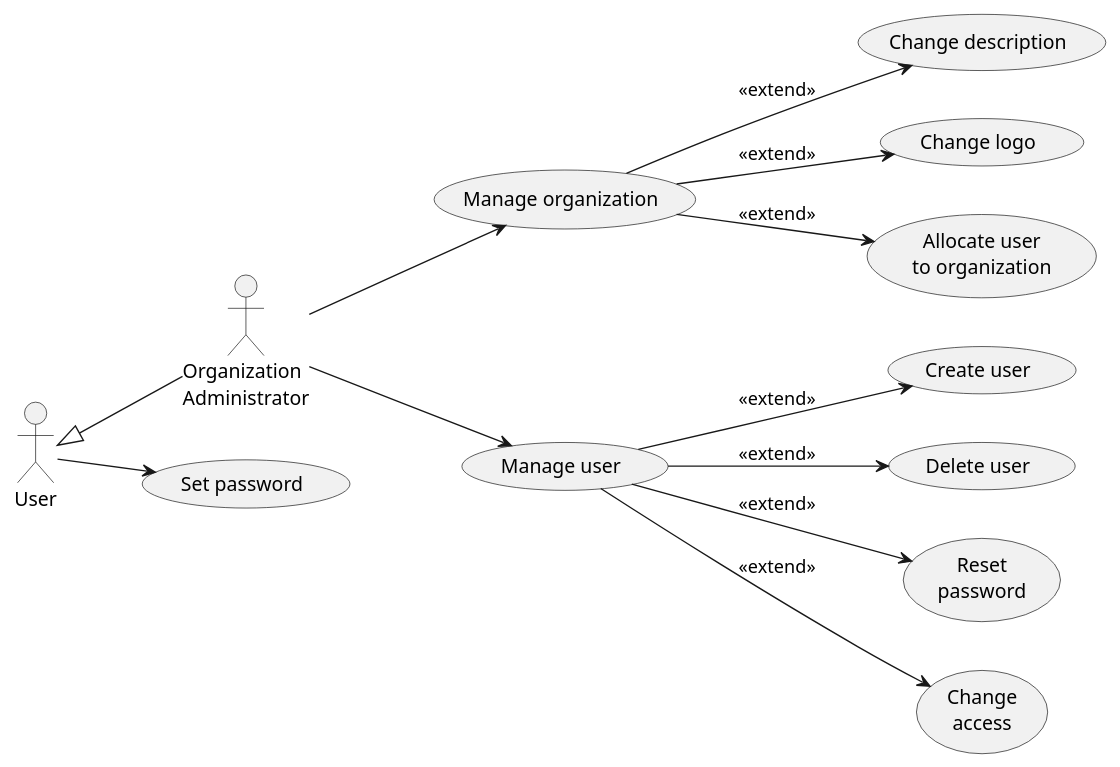
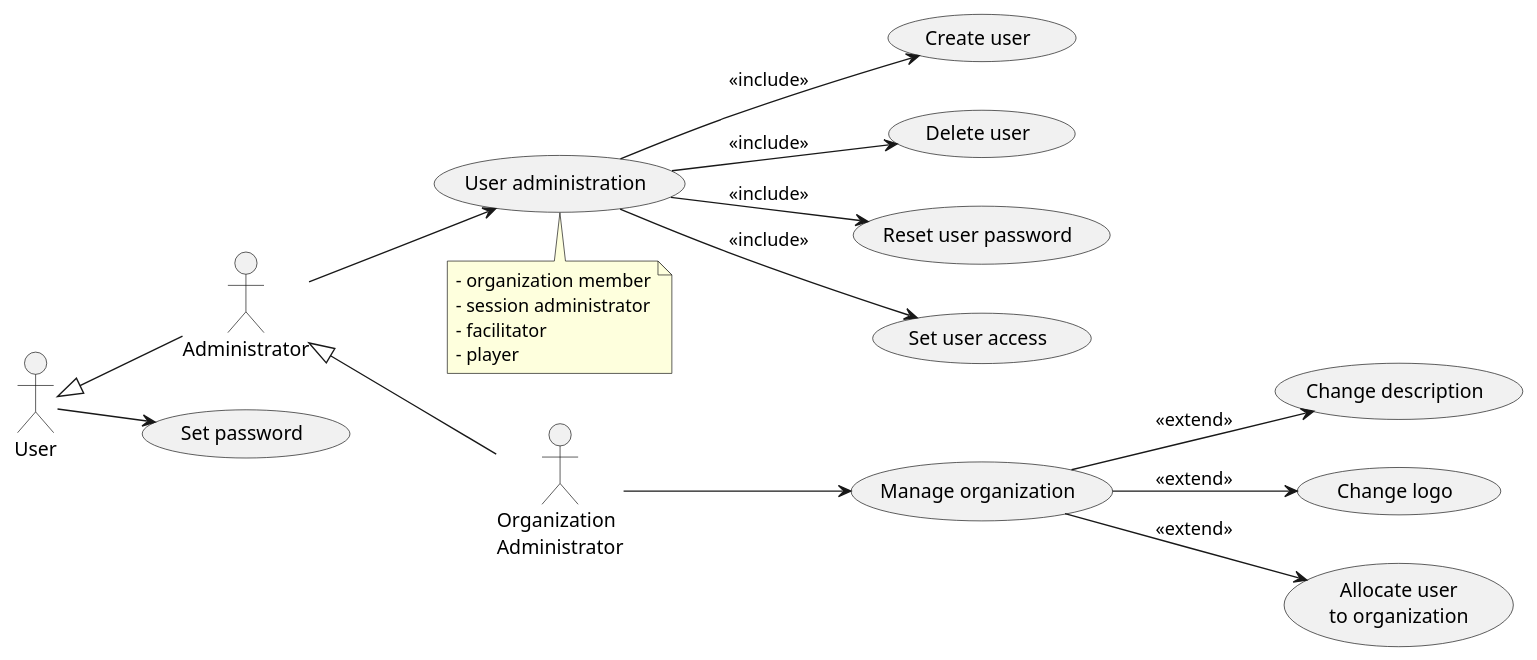
One commit to averbraeck/gscg-design changed the diagram in doc/1-use-cases/diagrams/organization-administration.puml. Above: the diagram before and after it, drawn with PlantUML. The commit also changed 4 other files, not shown here.

Commit message:
Issue #3. Added "Administrator" role with user functions

```diff
--- a/doc/1-use-cases/diagrams/organization-administration.puml
+++ b/doc/1-use-cases/diagrams/organization-administration.puml
@@ -1,20 +1,28 @@
 @startuml
 left to right direction
 
 "Organization\nAdministrator" as OA
-User <|-- OA
+User <|-- Administrator
+Administrator <|-- OA
 
 User --> (Set password)
+
+Administrator --> (User administration)
+note bottom
+  - organization member
+  - session administrator
+  - facilitator
+  - player
+end note
+
+(User administration) --> (Create user) : << include >>
+(User administration) --> (Delete user) : << include >>
+(User administration) --> (Reset user password) : << include >>
+(User administration) --> (Set user access) : << include >>
 
 OA --> (Manage organization)
 (Manage organization) --> (Change description) : << extend >>
 (Manage organization) --> (Change logo) : << extend >>
 (Manage organization) --> (Allocate user\nto organization) : << extend >>
 
-OA --> (Manage user)
-(Manage user) --> (Create user) : << extend >>
-(Manage user) --> (Delete user) : << extend >>
-(Manage user) --> (Reset\npassword) : << extend >>
-(Manage user) --> (Change\naccess) : << extend >>
-
 @enduml
```
